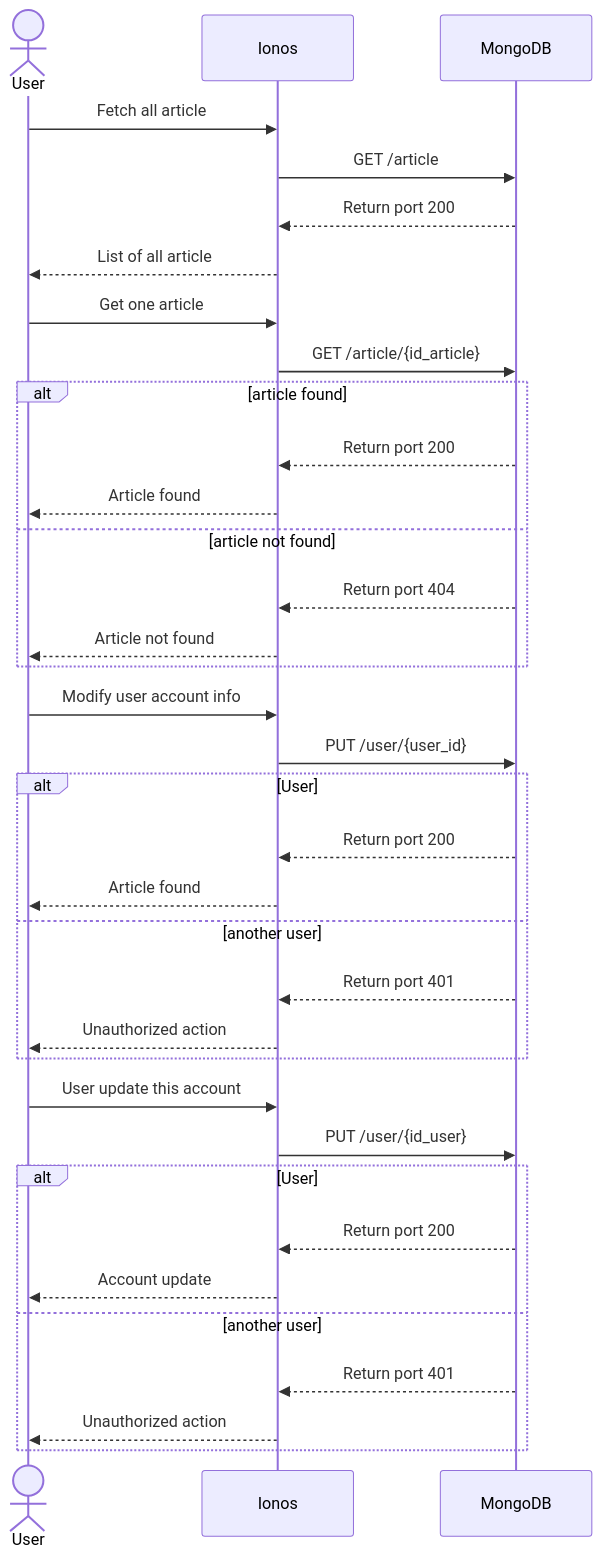
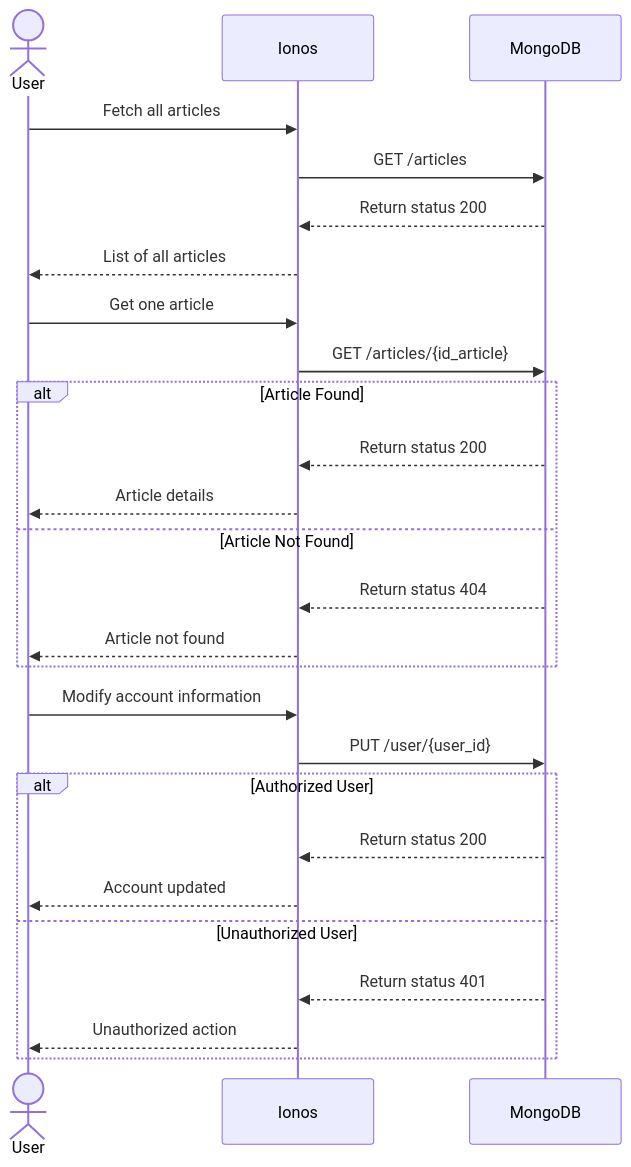
Before and after one commit to Cyprien-GEHU/Repaires_des_2_vallees: the first of 2 diagrams in Stage 3/README.md, drawn with Mermaid. The commit also changed other lines of this file, not shown here.

Commit message:
doc: restructure user stories section for clarity and consistency in README

````diff
--- a/Stage 3/README.md
+++ b/Stage 3/README.md
@@ -66,41 +96,31 @@
-``` mermaid
+```mermaid
 sequenceDiagram
     actor User
     participant Ionos
     participant MongoDB
 
-    User->>Ionos: Fetch all article
-    Ionos->>MongoDB: GET /article
-    MongoDB-->>Ionos: Return port 200
-    Ionos-->>User: List of all article
+    User->>Ionos: Fetch all articles
+    Ionos->>MongoDB: GET /articles
+    MongoDB-->>Ionos: Return status 200
+    Ionos-->>User: List of all articles
 
-    User->>Ionos: Get one article 
-    Ionos->>MongoDB: GET /article/{id_article}
-    alt article found
-    MongoDB-->>Ionos: Return port 200
-    Ionos-->>User: Article found
-    else article not found
-    MongoDB-->>Ionos: Return port 404
+    User->>Ionos: Get one article
+    Ionos->>MongoDB: GET /articles/{id_article}
+    alt Article Found
+    MongoDB-->>Ionos: Return status 200
+    Ionos-->>User: Article details
+    else Article Not Found
+    MongoDB-->>Ionos: Return status 404
     Ionos-->>User: Article not found
     end
 
-    User->>Ionos: Modify user account info
+    User->>Ionos: Modify account information
     Ionos->>MongoDB: PUT /user/{user_id}
-    alt User
-    MongoDB-->>Ionos: Return port 200
-    Ionos-->>User: Article found
-    else another user
-    MongoDB-->>Ionos: Return port 401
-    Ionos-->>User: Unauthorized action 
-    end
-
-    User->>Ionos: User update this account
-    Ionos->>MongoDB: PUT /user/{id_user}
-    alt User
-    MongoDB-->>Ionos: Return port 200
-    Ionos-->>User: Account update
-    else another user
-    MongoDB-->>Ionos: Return port 401
-    Ionos-->>User: Unauthorized action 
+    alt Authorized User
+    MongoDB-->>Ionos: Return status 200
+    Ionos-->>User: Account updated
+    else Unauthorized User
+    MongoDB-->>Ionos: Return status 401
+    Ionos-->>User: Unauthorized action
     end
 ```
````
